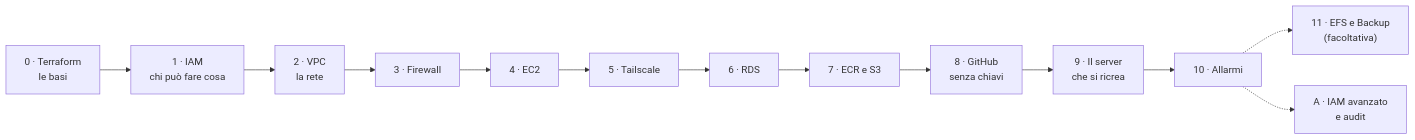
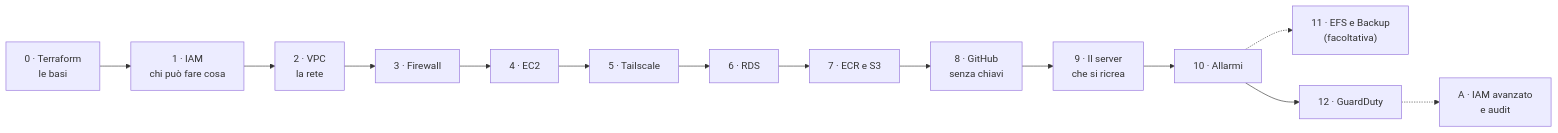
One commit to cereZ23/aws changed the diagram in README.md. Above: the diagram before and after it, drawn with Mermaid. The commit also changed other lines of this file and 4 other files, not shown here.

Commit message:
Lezione 12: GuardDuty, accorgersi degli attacchi (dispensa e slide)

````diff
--- a/README.md
+++ b/README.md
@@ -19,15 +20,16 @@
 ```mermaid
 flowchart LR
     L0["0 · Terraform<br/>le basi"] --> L1["1 · IAM<br/>chi può fare cosa"]
     L1 --> L2["2 · VPC<br/>la rete"]
     L2 --> L3["3 · Firewall"]
     L3 --> L4["4 · EC2"]
     L4 --> L5["5 · Tailscale"]
     L5 --> L6["6 · RDS"]
     L6 --> L7["7 · ECR e S3"]
     L7 --> L8["8 · GitHub<br/>senza chiavi"]
     L8 --> L9["9 · Il server<br/>che si ricrea"]
     L9 --> L10["10 · Allarmi"]
     L10 -.-> L11["11 · EFS e Backup<br/>(facoltativa)"]
-    L10 -.-> LA["A · IAM avanzato<br/>e audit"]
+    L10 --> L12["12 · GuardDuty"]
+    L12 -.-> LA["A · IAM avanzato<br/>e audit"]
 ```
````
